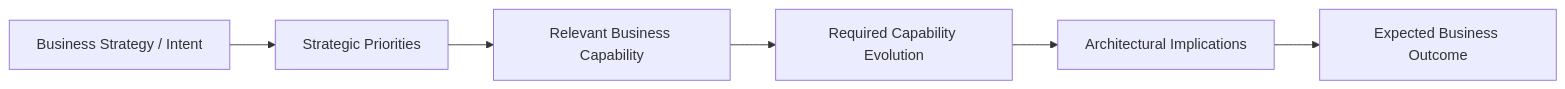
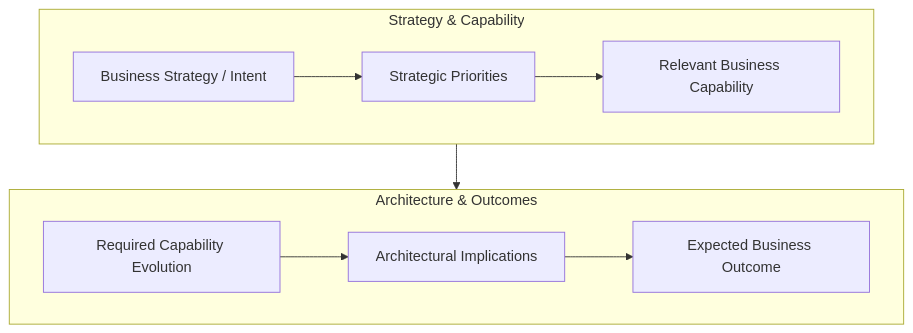
Before and after one commit to avfranco-br/portfolio: the second of 22 diagrams in docs/sop/methods/architecture-assessment-roadmap-report.v2.md, drawn with Mermaid. The commit also changed other lines of this file and 10 other files, not shown here.

Commit message:
Refactor Mermaid diagrams across SOP and methods documentation for legibility

````diff
--- a/docs/sop/methods/architecture-assessment-roadmap-report.v2.md
+++ b/docs/sop/methods/architecture-assessment-roadmap-report.v2.md
@@ -235,14 +237,16 @@
 ```mermaid
-flowchart LR
-    Strategy["Business Strategy / Intent"]
-    Priorities["Strategic Priorities"]
-    Capability["Relevant Business Capability"]
-    Evolution["Required Capability Evolution"]
-    Architecture["Architectural Implications"]
-    Outcomes["Expected Business Outcome"]
-    Strategy --> Priorities
-    Priorities --> Capability
+flowchart TD
+    subgraph Tier1["Strategy & Capability"]
+        direction LR
+        Strategy["Business Strategy / Intent"] --> Priorities["Strategic Priorities"]
+        Priorities --> Capability["Relevant Business Capability"]
+    end
+
+    subgraph Tier2["Architecture & Outcomes"]
+        direction LR
+        Evolution["Required Capability Evolution"] --> Architecture["Architectural Implications"]
+        Architecture --> Outcomes["Expected Business Outcome"]
+    end
+
     Capability --> Evolution
-    Evolution --> Architecture
-    Architecture --> Outcomes
 ```
````
